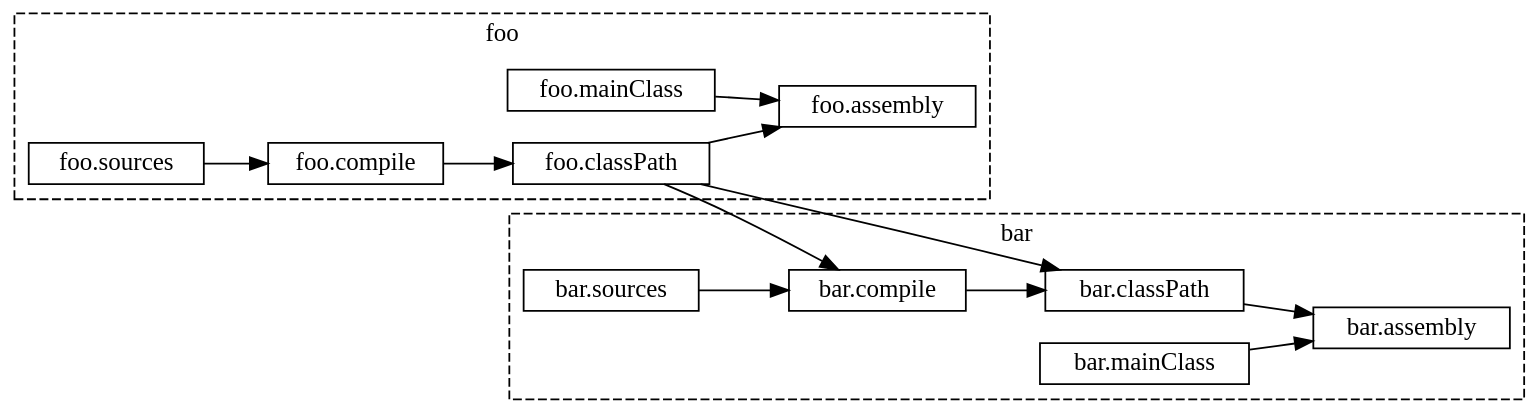
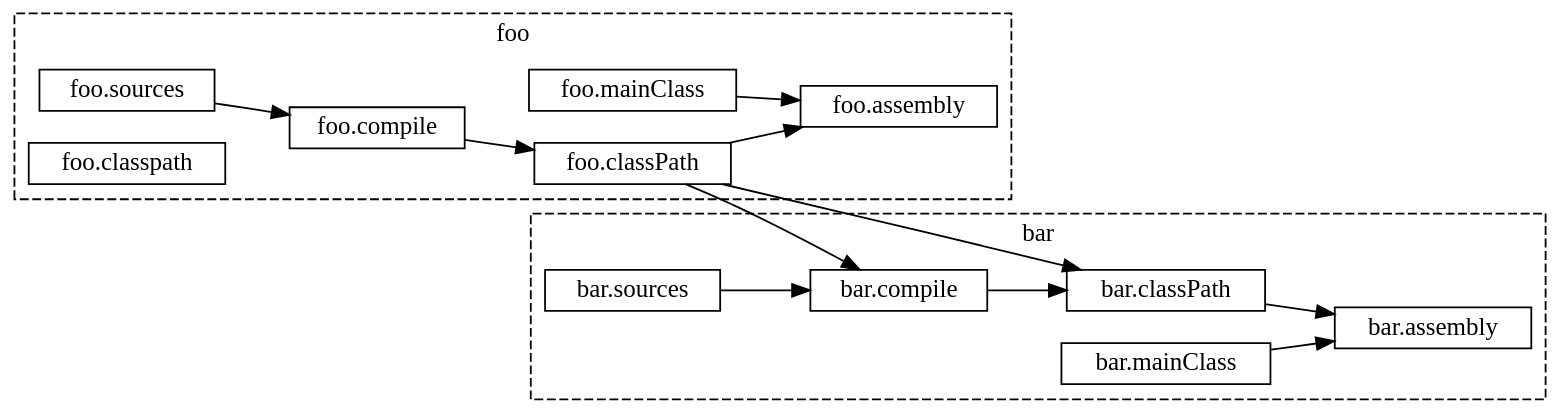
The diagram in docs/modules/ROOT/partials/Intro_to_Mill_Header.adoc (com-lihaoyi/mill), drawn with Graphviz before and after one commit.

Commit message:
Fix chart: foo.classpath should be contained in "foo" cluster

````diff
--- a/docs/modules/ROOT/partials/Intro_to_Mill_Header.adoc
+++ b/docs/modules/ROOT/partials/Intro_to_Mill_Header.adoc
@@ -1,26 +1,27 @@
 ```graphviz
 digraph G {
   rankdir=LR
   node [shape=box width=0 height=0 style=filled fillcolor=white]
   bgcolor=transparent
   newrank=true;
   subgraph cluster_0 {
     style=dashed
     node [shape=box width=0 height=0 style=filled fillcolor=white]
     label = "foo";
 
     "foo.sources" -> "foo.compile" -> "foo.classPath" -> "foo.assembly"
     "foo.mainClass" -> "foo.assembly"
+    "foo.classpath"
   }
   subgraph cluster_1 {
     style=dashed
     node [shape=box width=0 height=0 style=filled fillcolor=white]
     label = "bar";
 
     "foo.classPath" -> "bar.compile"
     "foo.classPath" -> "bar.classPath"
     "bar.sources" -> "bar.compile" -> "bar.classPath" -> "bar.assembly"
     "bar.mainClass" -> "bar.assembly"
   }
 }
 ```
````
